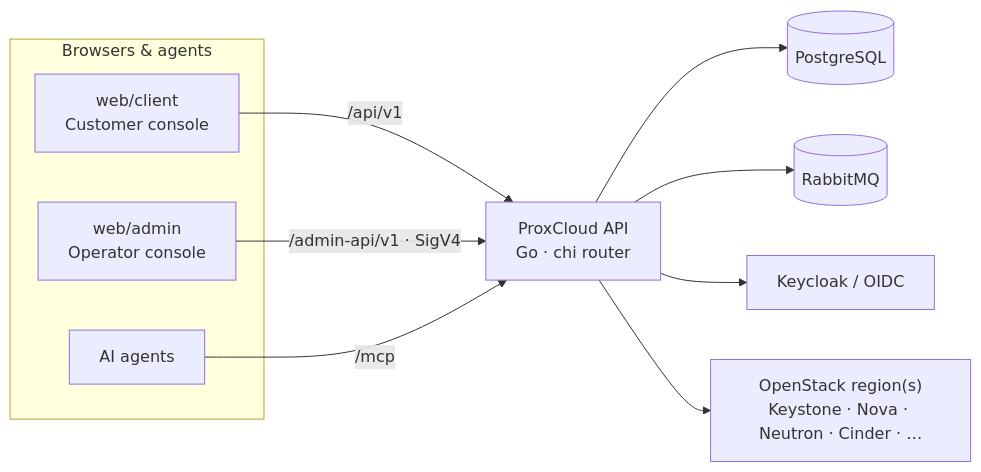
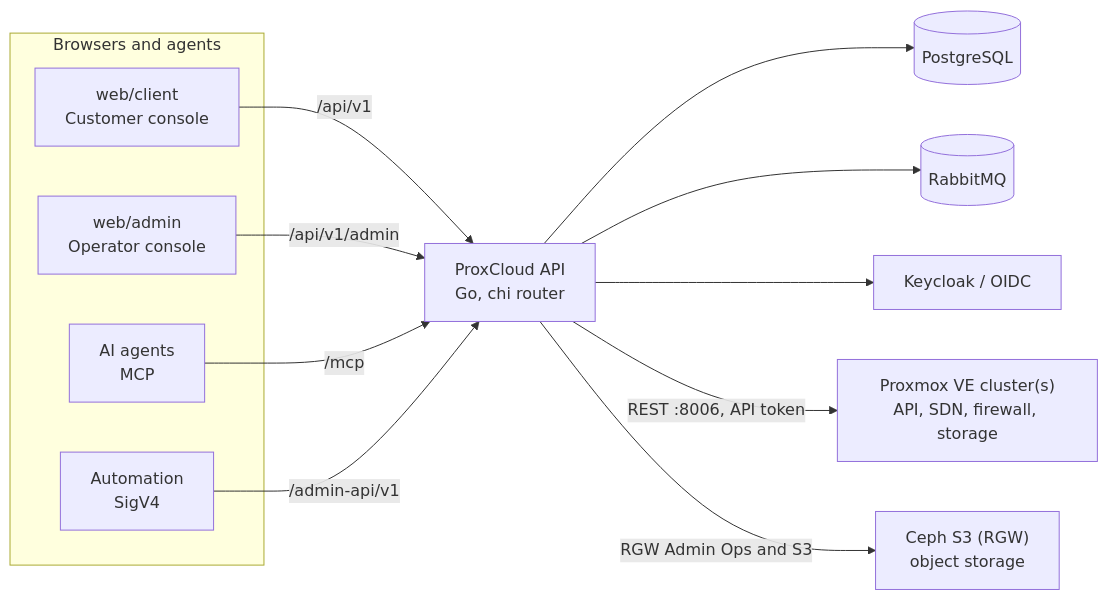
Before and after one commit to mutex-solutions/proxcloud: the diagram in README.md, drawn with Mermaid. The commit also changed other lines of this file and 44 other files, not shown here.

First line of the commit message:
docs: describe the Proxmox backend and drop OpenStack pages

````diff
--- a/README.md
+++ b/README.md
@@ -69,19 +69,19 @@
 ```mermaid
 flowchart LR
-  subgraph clients[Browsers & agents]
+  subgraph clients["Browsers and agents"]
     C["web/client<br/>Customer console"]
     A["web/admin<br/>Operator console"]
-    G["AI agents"]
+    G["AI agents<br/>MCP"]
+    M["Automation<br/>SigV4"]
   end
-
-  C -->|/api/v1| API
-  A -->|/admin-api/v1 · SigV4| API
-  G -->|/mcp| API
-
-  API["ProxCloud API<br/>Go · chi router"]
-
+  C -->|"/api/v1"| API
+  A -->|"/api/v1/admin"| API
+  G -->|"/mcp"| API
+  M -->|"/admin-api/v1"| API
+  API["ProxCloud API<br/>Go, chi router"]
   API --> DB[("PostgreSQL")]
   API --> MQ[("RabbitMQ")]
   API --> KC["Keycloak / OIDC"]
-  API --> OS["OpenStack region(s)<br/>Keystone · Nova · Neutron · Cinder · …"]
+  API -->|"REST :8006, API token"| PVE["Proxmox VE cluster(s)<br/>API, SDN, firewall, storage"]
+  API -->|"RGW Admin Ops and S3"| RGW["Ceph S3 (RGW)<br/>object storage"]
 ```
````
